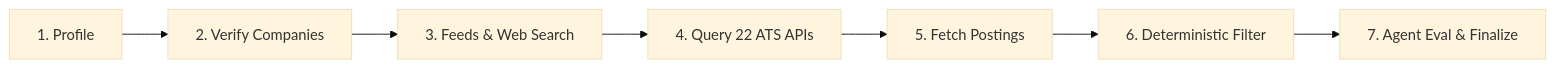
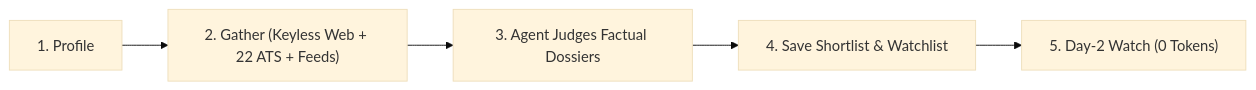
One commit to ERamaM/ULTRON changed the diagram in README.md. Above: the diagram before and after it, drawn with Mermaid (base theme). The commit also changed other lines of this file, not shown here.

````diff
--- a/README.md
+++ b/README.md
@@ -112,9 +113,7 @@
 ```mermaid
 flowchart LR
-    P["1. Profile"] --> S["2. Verify Companies"]
-    S --> D["3. Feeds & Web Search"]
-    D --> A["4. Query 22 ATS APIs"]
-    A --> F["5. Fetch Postings"]
-    F --> H["6. Deterministic Filter"]
-    H --> E["7. Agent Eval & Finalize"]
+    P["1. Profile"] --> G["2. Gather (Keyless Web + 22 ATS + Feeds)"]
+    G --> J["3. Agent Judges Factual Dossiers"]
+    J --> S["4. Save Shortlist & Watchlist"]
+    S --> W["5. Day-2 Watch (0 Tokens)"]
 ```
````
